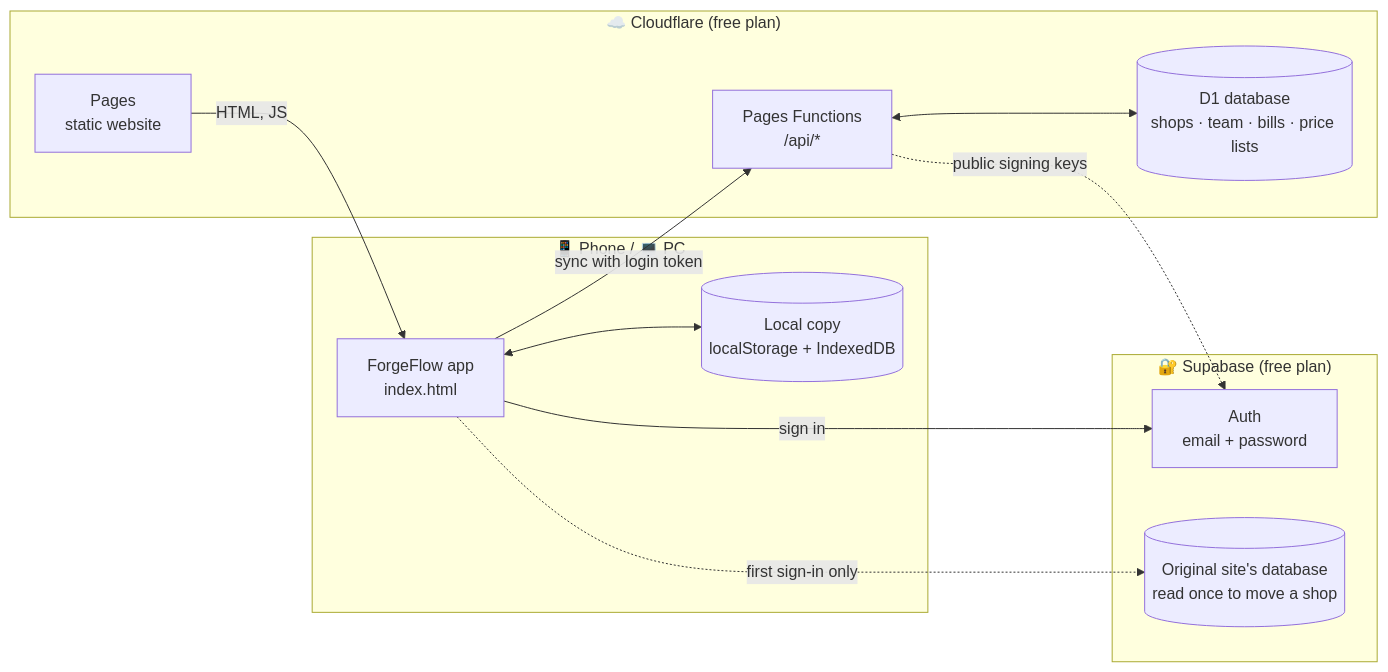
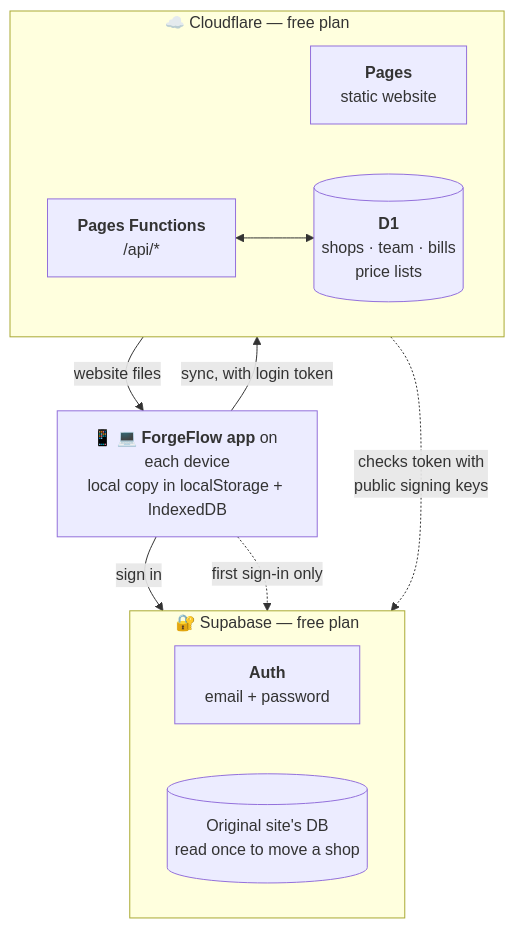
The first of 2 diagrams in README.md (digvijay165/digvijayy), drawn with Mermaid before and after one commit. The commit also changed 1 other file, not shown here.

Commit message:
README: readable architecture diagram and a dashboard screenshot with demo data

````diff
--- a/README.md
+++ b/README.md
@@ -105,26 +105,24 @@
 ```mermaid
-flowchart LR
-    subgraph Device["📱 Phone / 💻 PC"]
-        UI["ForgeFlow app<br/>index.html"]
-        Local[("Local copy<br/>localStorage + IndexedDB")]
-        UI <--> Local
-    end
+flowchart TB
+    UI["📱 💻 <b>ForgeFlow app</b> on each device<br/>local copy in localStorage + IndexedDB"]
 
-    subgraph CF["☁️ Cloudflare (free plan)"]
-        Pages["Pages<br/>static website"]
-        API["Pages Functions<br/>/api/*"]
-        D1[("D1 database<br/>shops · team · bills · price lists")]
+    subgraph CF["☁️ Cloudflare — free plan"]
+        direction LR
+        Pages["<b>Pages</b><br/>static website"]
+        API["<b>Pages Functions</b><br/>/api/*"]
+        D1[("<b>D1</b><br/>shops · team · bills<br/>price lists")]
         API <--> D1
     end
 
-    subgraph SB["🔐 Supabase (free plan)"]
-        Auth["Auth<br/>email + password"]
-        Old[("Original site's database<br/>read once to move a shop")]
+    subgraph SB["🔐 Supabase — free plan"]
+        direction LR
+        Auth["<b>Auth</b><br/>email + password"]
+        Old[("Original site's DB<br/>read once to move a shop")]
     end
 
-    Pages -- "HTML, JS" --> UI
+    Pages -- "website files" --> UI
+    UI -- "sync, with login token" --> API
     UI -- "sign in" --> Auth
-    UI -- "sync with login token" --> API
-    API -. "public signing keys" .-> Auth
+    API -. "checks token with<br/>public signing keys" .-> Auth
     UI -. "first sign-in only" .-> Old
 ```
````
